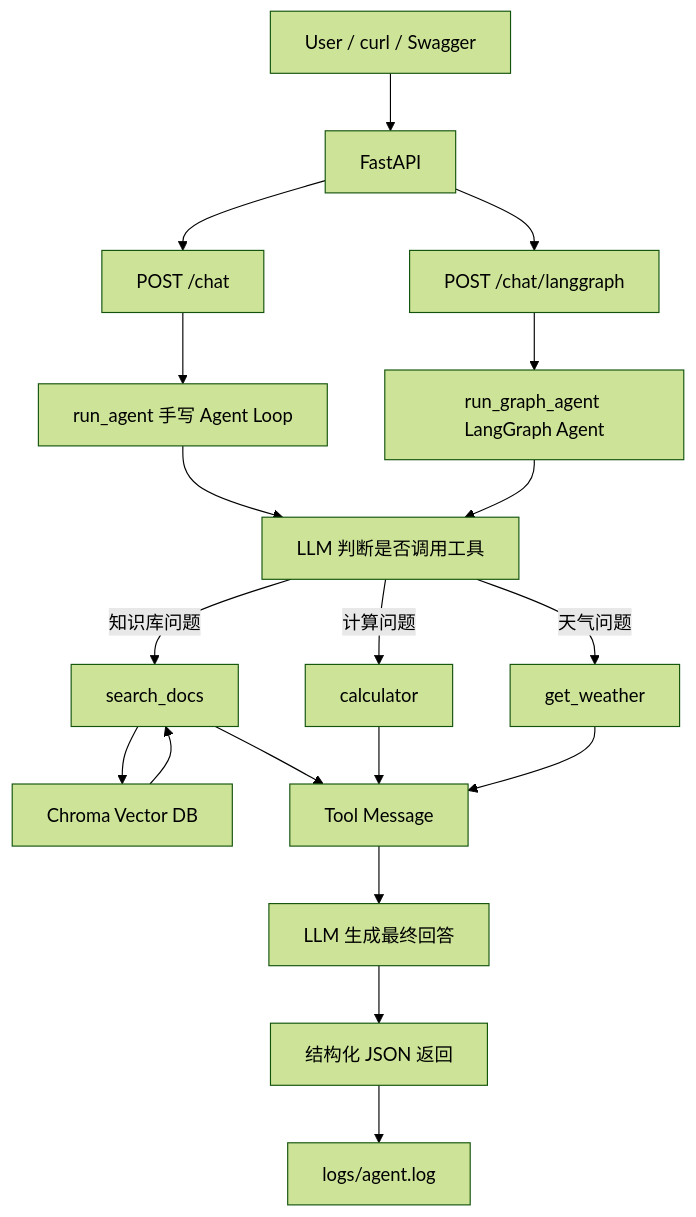
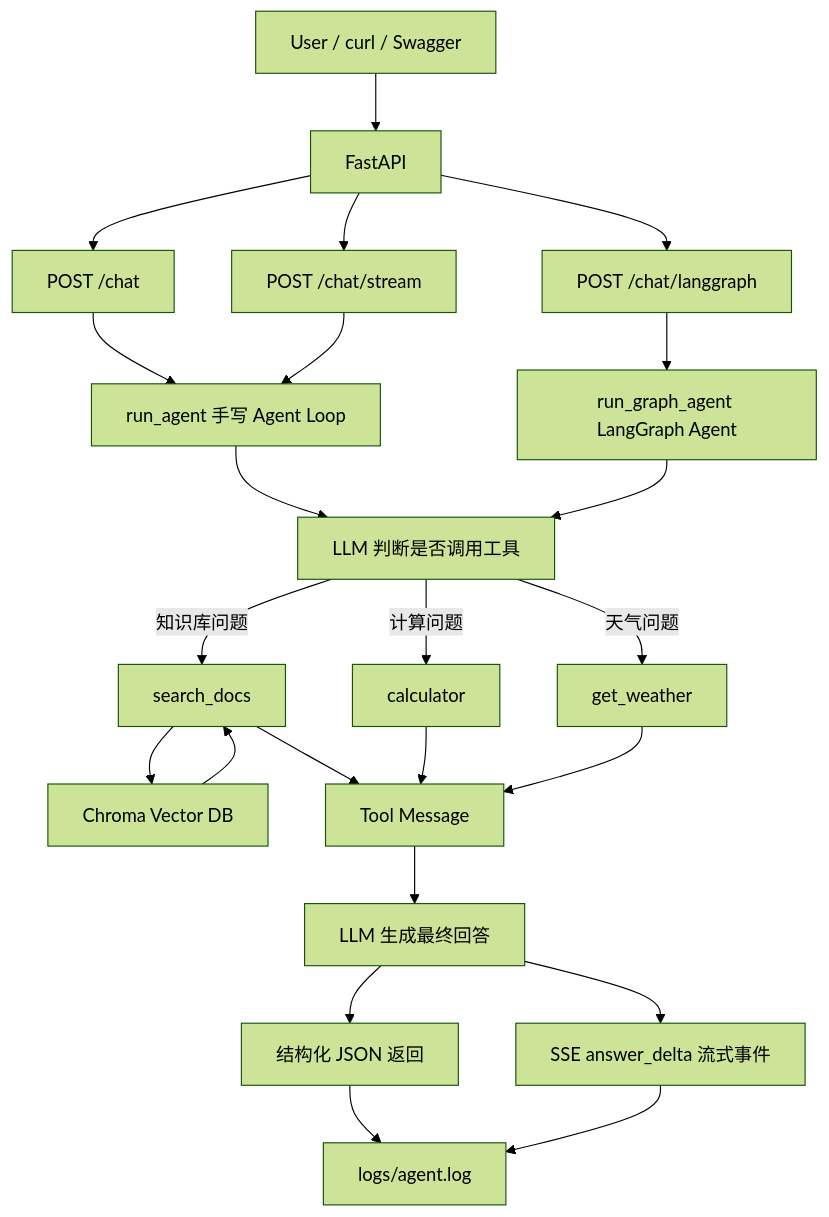
One commit to downdowns/agentdemo changed the diagram in README.md. Above: the diagram before and after it, drawn with Mermaid (forest theme). The commit also changed other lines of this file and 13 other files, not shown here.

Commit message:
Enhance RAG agent evaluation and LangGraph workflow

````diff
--- a/README.md
+++ b/README.md
@@ -71,21 +76,25 @@
 ```mermaid
 graph TD
     A[User / curl / Swagger] --> B[FastAPI]
     B --> B1[POST /chat]
-    B --> B2[POST /chat/langgraph]
+    B --> B2[POST /chat/stream]
+    B --> B3[POST /chat/langgraph]
     B1 --> C[run_agent 手写 Agent Loop]
-    B2 --> C2[run_graph_agent LangGraph Agent]
+    B2 --> C
+    B3 --> C2[run_graph_agent LangGraph Agent]
     C --> D[LLM 判断是否调用工具]
     C2 --> D
     D -->|知识库问题| E[search_docs]
     D -->|计算问题| F[calculator]
     D -->|天气问题| G[get_weather]
     E --> H[Chroma Vector DB]
     H --> E
     E --> I[Tool Message]
     F --> I
     G --> I
     I --> J[LLM 生成最终回答]
     J --> K[结构化 JSON 返回]
+    J --> K2[SSE answer_delta 流式事件]
     K --> L[logs/agent.log]
+    K2 --> L
 ```
````
